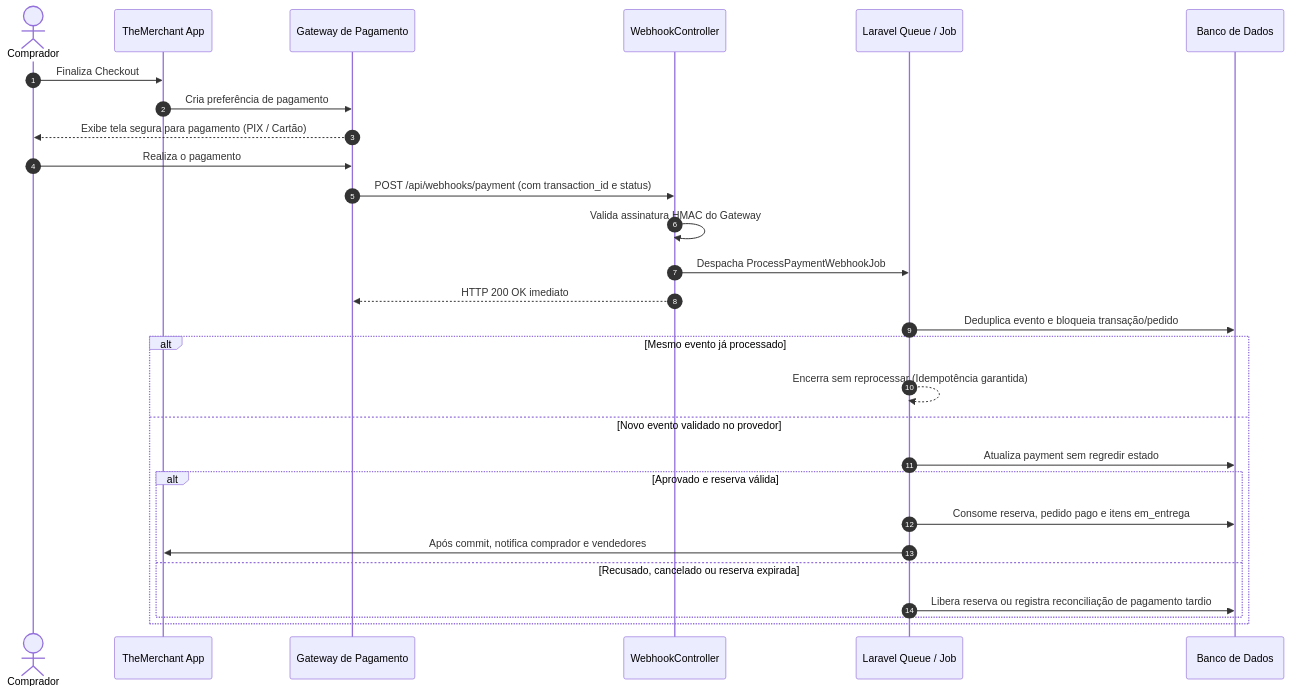
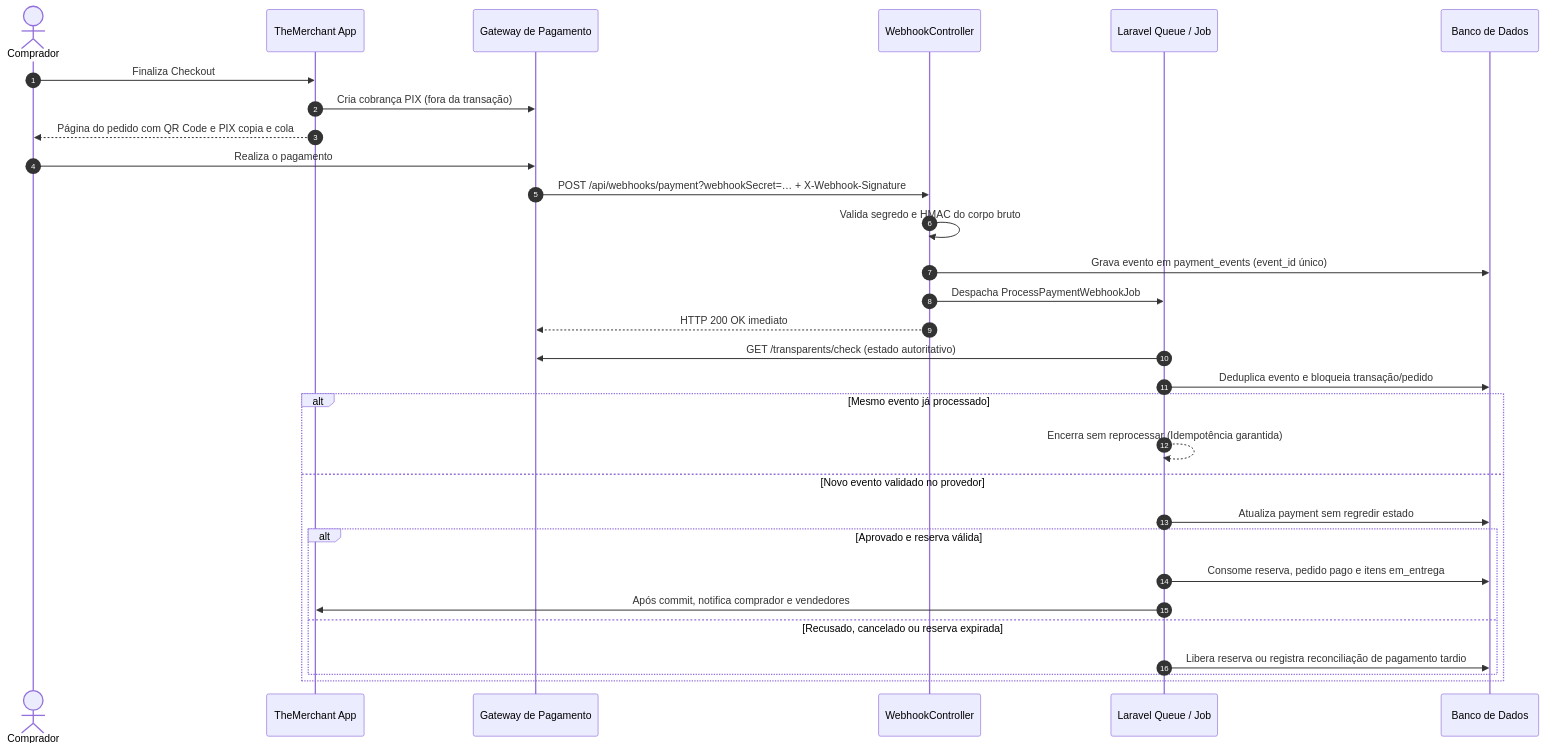
The first of 2 diagrams in specs.md (JoaoPMA23/TheMerchant), drawn with Mermaid before and after one commit. The commit also changed other lines of this file and 15 other files, not shown here.

````diff
--- a/specs.md
+++ b/specs.md
@@ -246,32 +280,34 @@
 ```mermaid
 sequenceDiagram
     autonumber
     actor Buyer as Comprador
     participant App as TheMerchant App
     participant Gateway as Gateway de Pagamento
     participant WebhookCtrl as WebhookController
     participant Queue as Laravel Queue / Job
     participant DB as Banco de Dados
 
     Buyer->>App: Finaliza Checkout
-    App->>Gateway: Cria preferência de pagamento
-    Gateway-->>Buyer: Exibe tela segura para pagamento (PIX / Cartão)
+    App->>Gateway: Cria cobrança PIX (fora da transação)
+    App-->>Buyer: Página do pedido com QR Code e PIX copia e cola
     Buyer->>Gateway: Realiza o pagamento
-    Gateway->>WebhookCtrl: POST /api/webhooks/payment (com transaction_id e status)
-    WebhookCtrl->>WebhookCtrl: Valida assinatura HMAC do Gateway
+    Gateway->>WebhookCtrl: POST /api/webhooks/payment?webhookSecret=… + X-Webhook-Signature
+    WebhookCtrl->>WebhookCtrl: Valida segredo e HMAC do corpo bruto
+    WebhookCtrl->>DB: Grava evento em payment_events (event_id único)
     WebhookCtrl->>Queue: Despacha ProcessPaymentWebhookJob
     WebhookCtrl-->>Gateway: HTTP 200 OK imediato
+    Queue->>Gateway: GET /transparents/check (estado autoritativo)
 
     Queue->>DB: Deduplica evento e bloqueia transação/pedido
     alt Mesmo evento já processado
         Queue-->>Queue: Encerra sem reprocessar (Idempotência garantida)
     else Novo evento validado no provedor
         Queue->>DB: Atualiza payment sem regredir estado
         alt Aprovado e reserva válida
             Queue->>DB: Consome reserva, pedido pago e itens em_entrega
             Queue->>App: Após commit, notifica comprador e vendedores
         else Recusado, cancelado ou reserva expirada
             Queue->>DB: Libera reserva ou registra reconciliação de pagamento tardio
         end
     end
 ```
````
